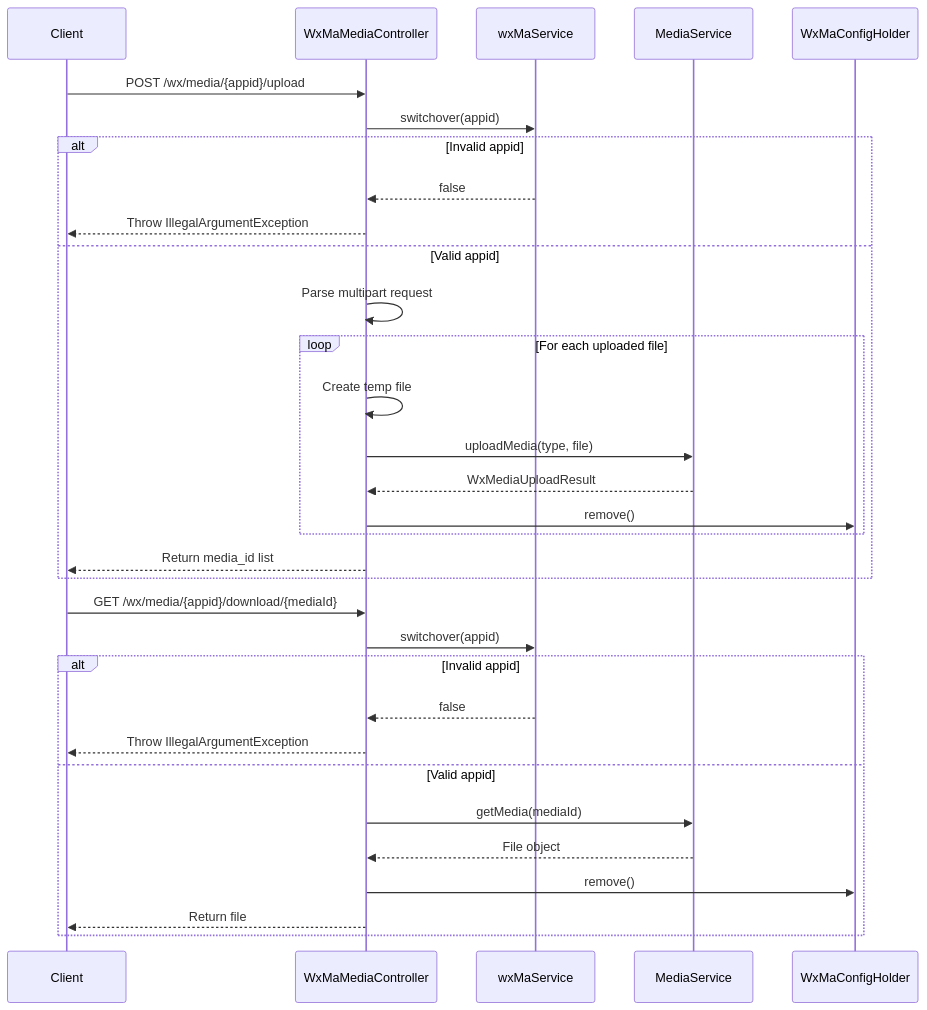
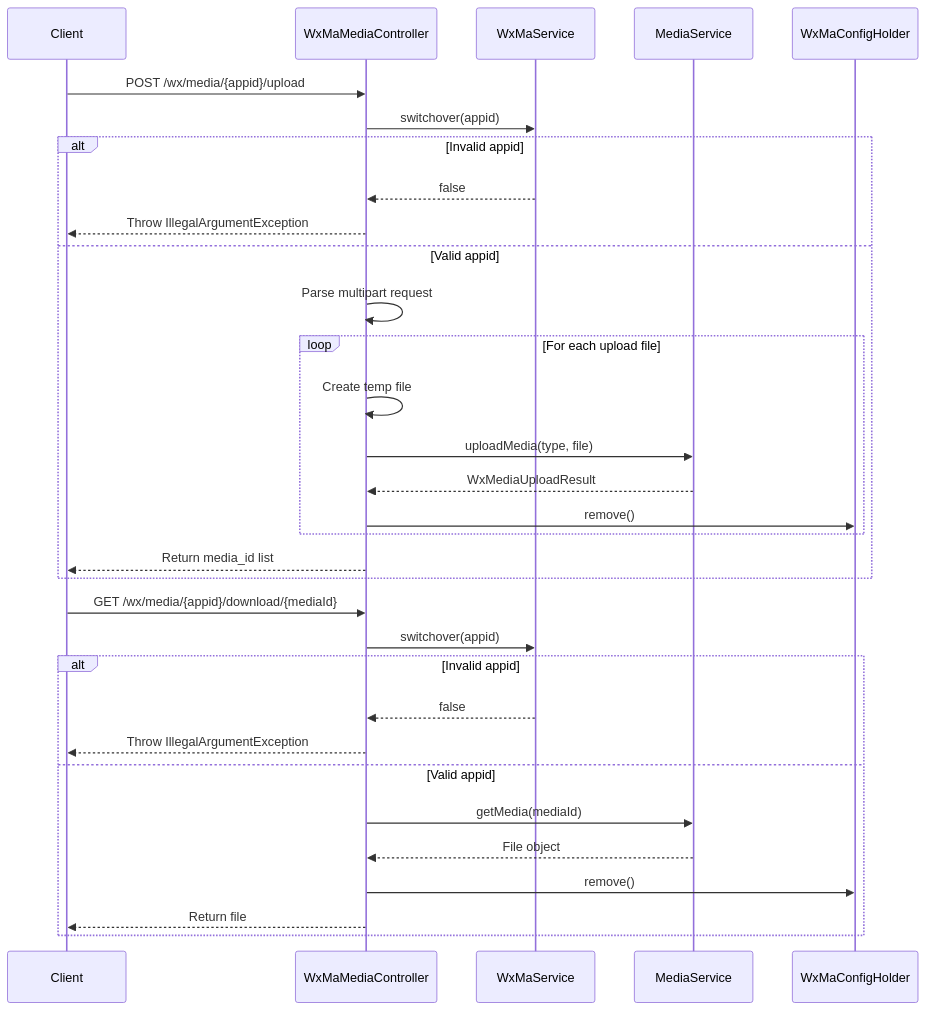
The third of 3 diagrams in docs/en/docs/src/main/java/com/github/binarywang/demo/wx/miniapp/controller/WxMaMediaController.md (v-wjrong/binary_weixin-java-miniapp-demo), drawn with Mermaid before and after one commit. The commit also changed other lines of this file and 50 other files, not shown here.

````diff
--- a/docs/en/docs/src/main/java/com/github/binarywang/demo/wx/miniapp/controller/WxMaMediaController.md
+++ b/docs/en/docs/src/main/java/com/github/binarywang/demo/wx/miniapp/controller/WxMaMediaController.md
@@ -109,36 +107,36 @@
 ```mermaid
 sequenceDiagram
     participant Client
     participant Controller as WxMaMediaController
-    participant Service as wxMaService
-    participant MediaService as MediaService
+    participant Service as WxMaService
+    participant MediaService
     participant ConfigHolder as WxMaConfigHolder
 
     Client->>Controller: POST /wx/media/{appid}/upload
     Controller->>Service: switchover(appid)
     alt Invalid appid
         Service-->>Controller: false
         Controller-->>Client: Throw IllegalArgumentException
     else Valid appid
         Controller->>Controller: Parse multipart request
-        loop For each uploaded file
+        loop For each upload file
             Controller->>Controller: Create temp file
             Controller->>MediaService: uploadMedia(type, file)
             MediaService-->>Controller: WxMediaUploadResult
             Controller->>ConfigHolder: remove()
         end
         Controller-->>Client: Return media_id list
     end
 
     Client->>Controller: GET /wx/media/{appid}/download/{mediaId}
     Controller->>Service: switchover(appid)
     alt Invalid appid
         Service-->>Controller: false
         Controller-->>Client: Throw IllegalArgumentException
     else Valid appid
         Controller->>MediaService: getMedia(mediaId)
         MediaService-->>Controller: File object
         Controller->>ConfigHolder: remove()
         Controller-->>Client: Return file
     end
 ```
````
